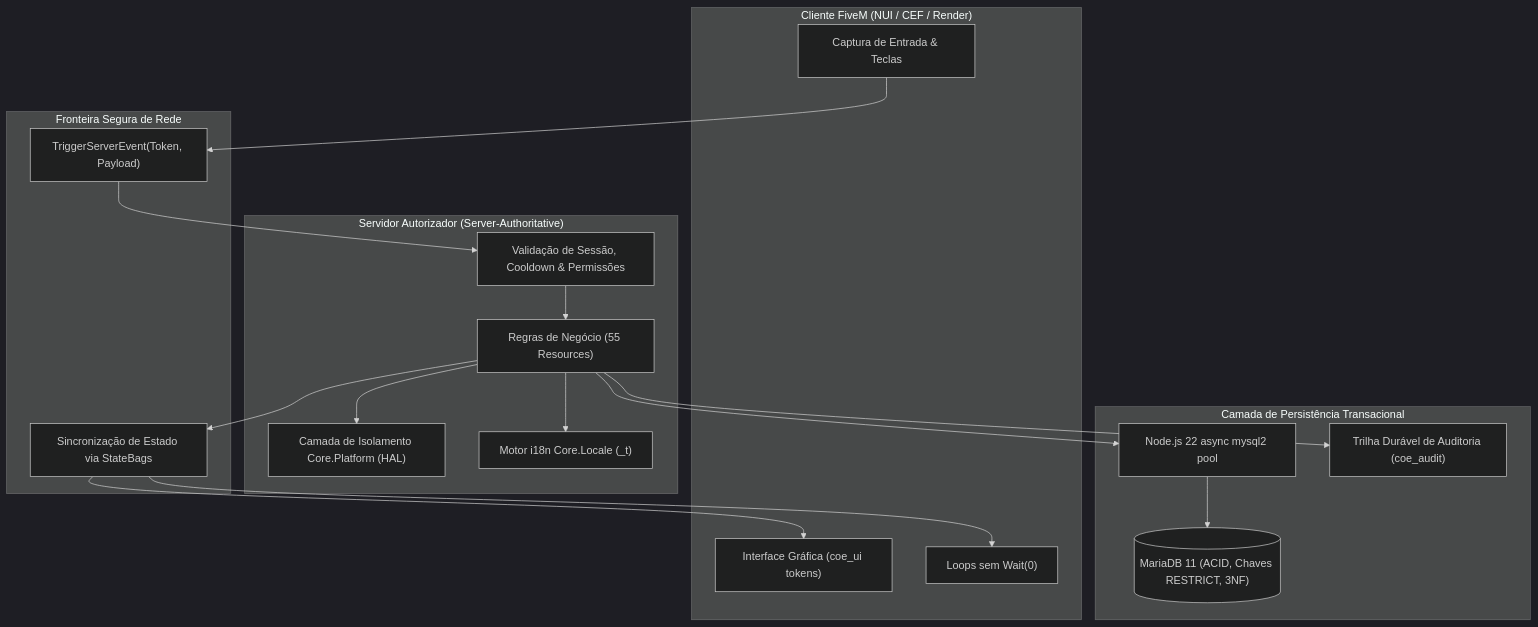
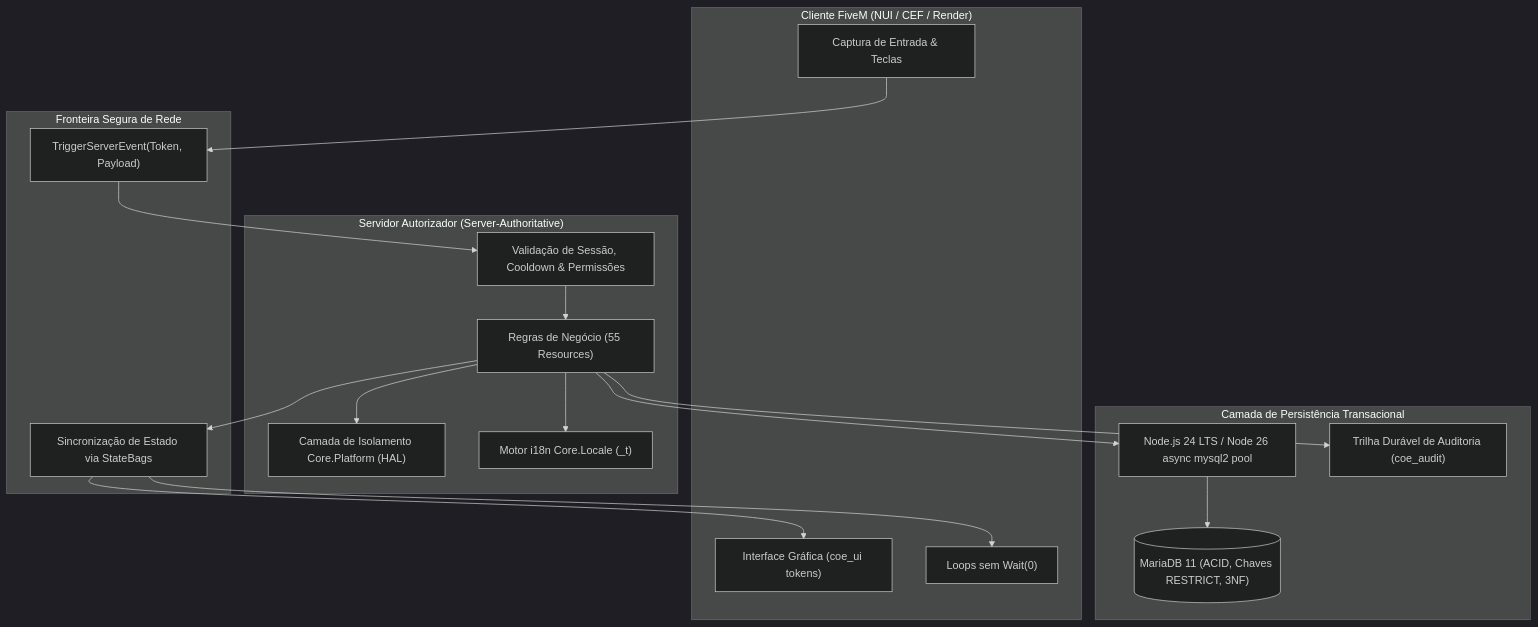
One commit to marcelomatz/coe-framework changed the diagram in README.pt-BR.md. Above: the diagram before and after it, drawn with Mermaid (dark theme). The commit also changed other lines of this file and 213 other files, not shown here.

````diff
--- a/README.pt-BR.md
+++ b/README.pt-BR.md
@@ -173,38 +173,38 @@
 ```mermaid
 flowchart TD
     subgraph Client["Cliente FiveM (NUI / CEF / Render)"]
         UI["Interface Gráfica (coe_ui tokens)"]
         Input["Captura de Entrada & Teclas"]
         OptimizedLoop["Loops sem Wait(0)"]
     end
 
     subgraph Boundary["Fronteira Segura de Rede"]
         Req["TriggerServerEvent(Token, Payload)"]
         Sync["Sincronização de Estado via StateBags"]
     end
 
     subgraph Server["Servidor Autorizador (Server-Authoritative)"]
         Val["Validação de Sessão, Cooldown & Permissões"]
         Platform["Camada de Isolamento Core.Platform (HAL)"]
         Domain["Regras de Negócio (55 Resources)"]
         Locale["Motor i18n Core.Locale (_t)"]
     end
 
     subgraph Storage["Camada de Persistência Transacional"]
-        NodePool["Node.js 22 async mysql2 pool"]
+        NodePool["Node.js 24 LTS / Node 26 async mysql2 pool"]
         MariaDB[("MariaDB 11 (ACID, Chaves RESTRICT, 3NF)")]
         Audit["Trilha Durável de Auditoria (coe_audit)"]
     end
 
     Input --> Req
     Req --> Val
     Val --> Domain
     Domain --> Platform
     Domain --> Locale
     Domain --> NodePool
     NodePool --> MariaDB
     Domain --> Audit
     Domain --> Sync
     Sync --> UI
     Sync --> OptimizedLoop
 ```
````
